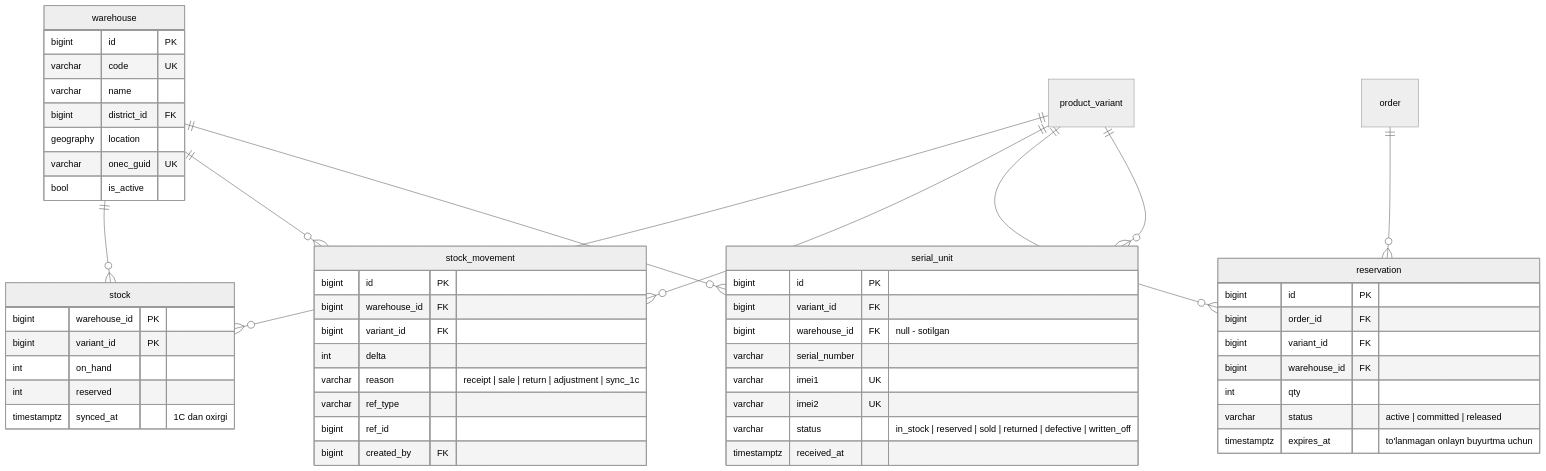
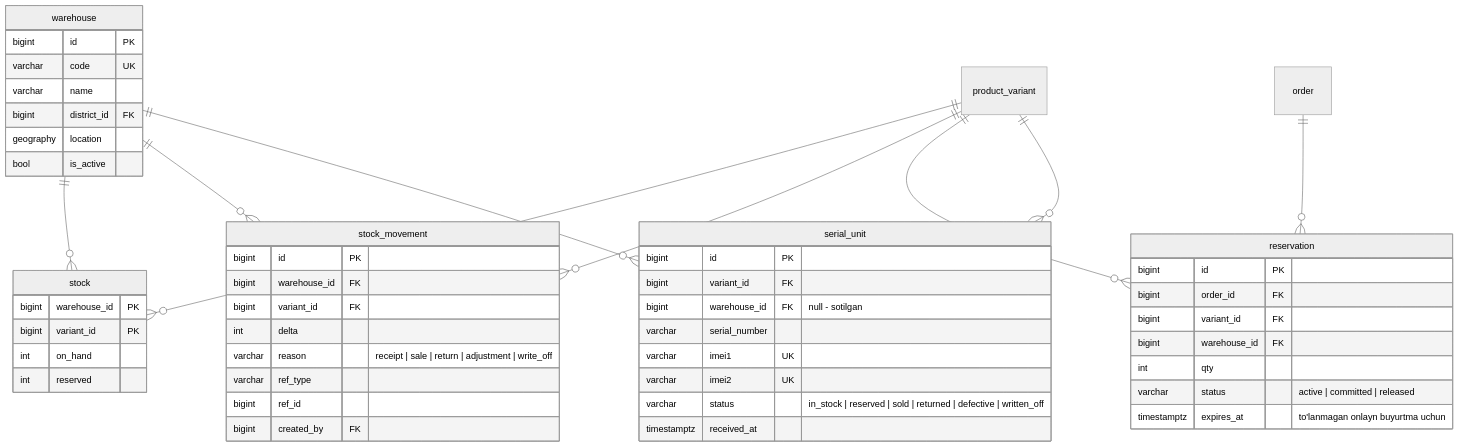
One commit to azizmuksinov/Azzxauusd changed the third of 8 diagrams in docs/02-mb-sxemasi.md. Above: the diagram before and after it, drawn with Mermaid (neutral theme). The commit also changed other lines of this file and 97 other files, not shown here.

````diff
--- a/docs/02-mb-sxemasi.md
+++ b/docs/02-mb-sxemasi.md
@@ -215,57 +214,55 @@
 ```mermaid
 erDiagram
     warehouse ||--o{ stock : ""
     product_variant ||--o{ stock : ""
     warehouse ||--o{ stock_movement : ""
     product_variant ||--o{ stock_movement : ""
     order ||--o{ reservation : ""
     product_variant ||--o{ reservation : ""
     product_variant ||--o{ serial_unit : ""
     warehouse ||--o{ serial_unit : ""
 
     warehouse {
         bigint id PK
         varchar code UK
         varchar name
         bigint district_id FK
         geography location
-        varchar onec_guid UK
         bool is_active
     }
     stock {
         bigint warehouse_id PK
         bigint variant_id PK
         int on_hand
         int reserved
-        timestamptz synced_at "1C dan oxirgi"
     }
     stock_movement {
         bigint id PK
         bigint warehouse_id FK
         bigint variant_id FK
         int delta
-        varchar reason "receipt | sale | return | adjustment | sync_1c"
+        varchar reason "receipt | sale | return | adjustment | write_off"
         varchar ref_type
         bigint ref_id
         bigint created_by FK
     }
     reservation {
         bigint id PK
         bigint order_id FK
         bigint variant_id FK
         bigint warehouse_id FK
         int qty
         varchar status "active | committed | released"
         timestamptz expires_at "to'lanmagan onlayn buyurtma uchun"
     }
     serial_unit {
         bigint id PK
         bigint variant_id FK
         bigint warehouse_id FK "null - sotilgan"
         varchar serial_number
         varchar imei1 UK
         varchar imei2 UK
         varchar status "in_stock | reserved | sold | returned | defective | written_off"
         timestamptz received_at
     }
 ```
````
